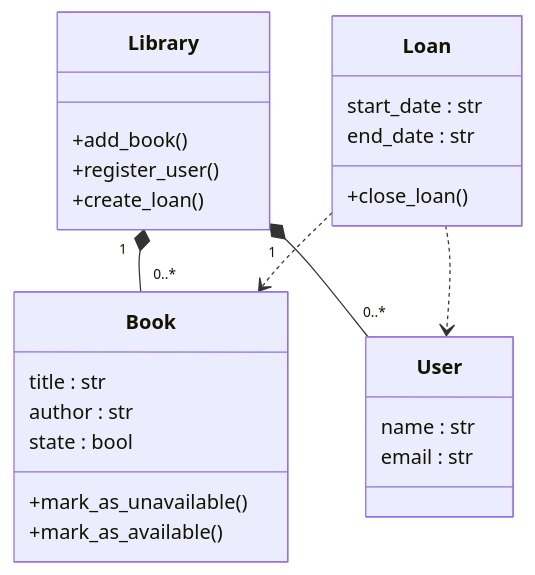
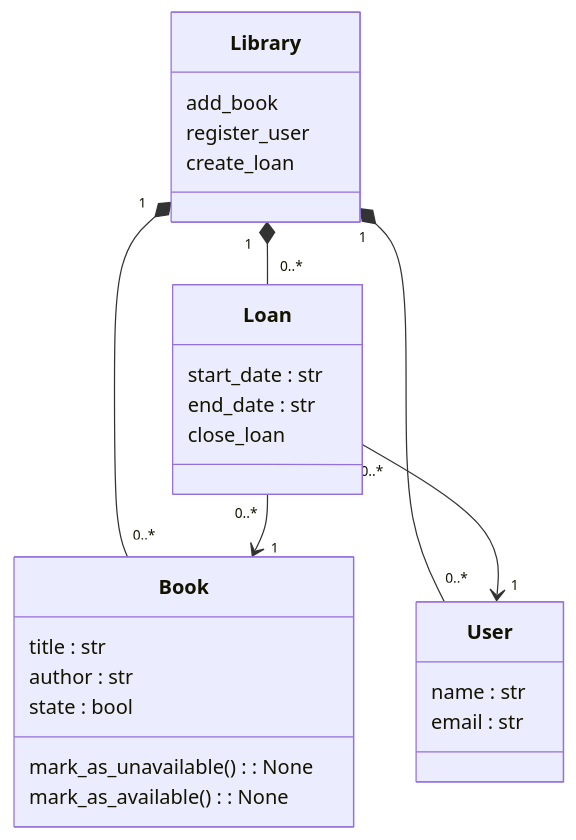
Before and after one commit to Corbel99/holbertonschool-sw_design_architecture: the diagram in uml_intro/0-class_diagram.mmd, drawn with Mermaid.

Commit message:
refactor class diagram to use method signatures and improve clarity

```diff
--- a/uml_intro/0-class_diagram.mmd
+++ b/uml_intro/0-class_diagram.mmd
@@ -1,31 +1,32 @@
 classDiagram
 
 class Library {
-    +add_book()
-    +register_user()
-    +create_loan()
+    add_book
+    register_user
+    create_loan
 }
 
 class Book {
     title : str
     author : str
     state : bool
-    +mark_as_unavailable()
-    +mark_as_available()
+    mark_as_unavailable(): None
+    mark_as_available(): None
 }
 
 class User {
     name : str
     email : str
 }
 
 class Loan {
     start_date : str
     end_date : str
-    +close_loan()
+    close_loan
 }
 
 Library "1" *-- "0..*" Book
 Library "1" *-- "0..*" User
-Loan ..> Book
-Loan ..> User
+Library "1" *-- "0..*" Loan
+Loan "0..*" --> "1" Book
+Loan "0..*" --> "1" User
```
